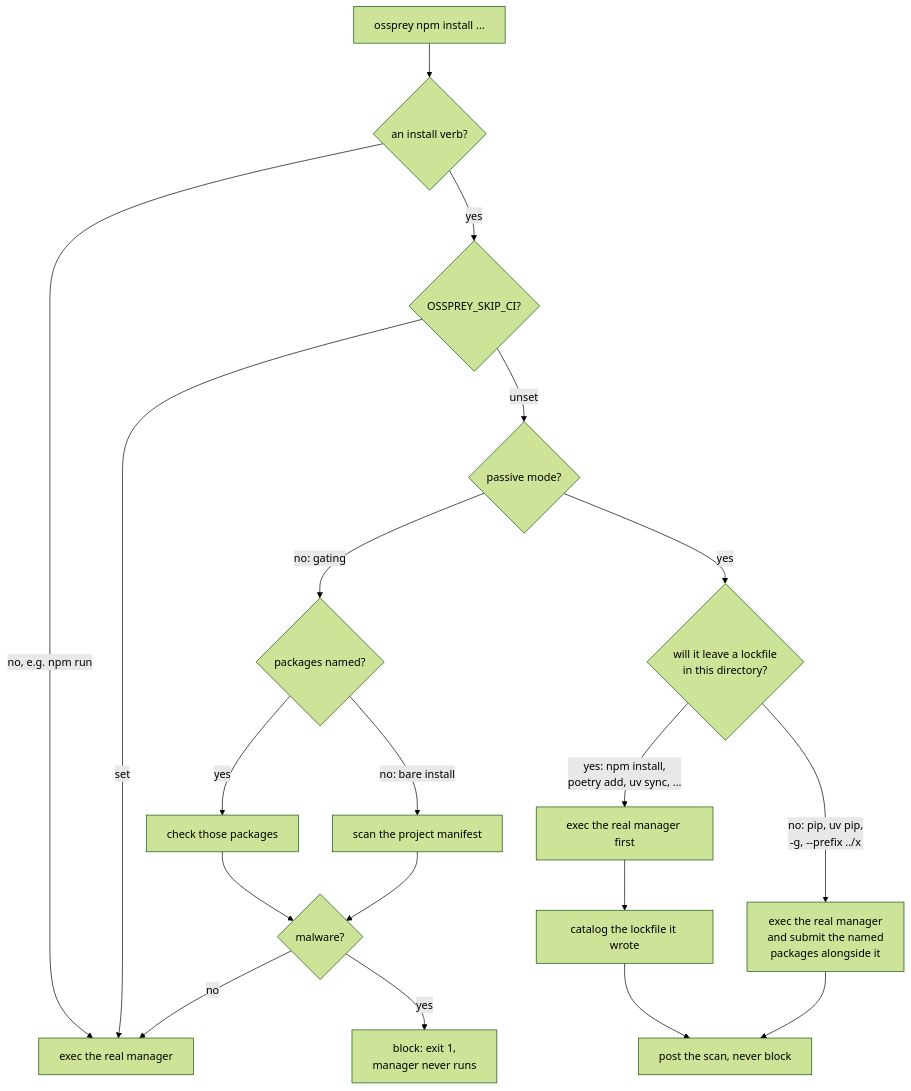
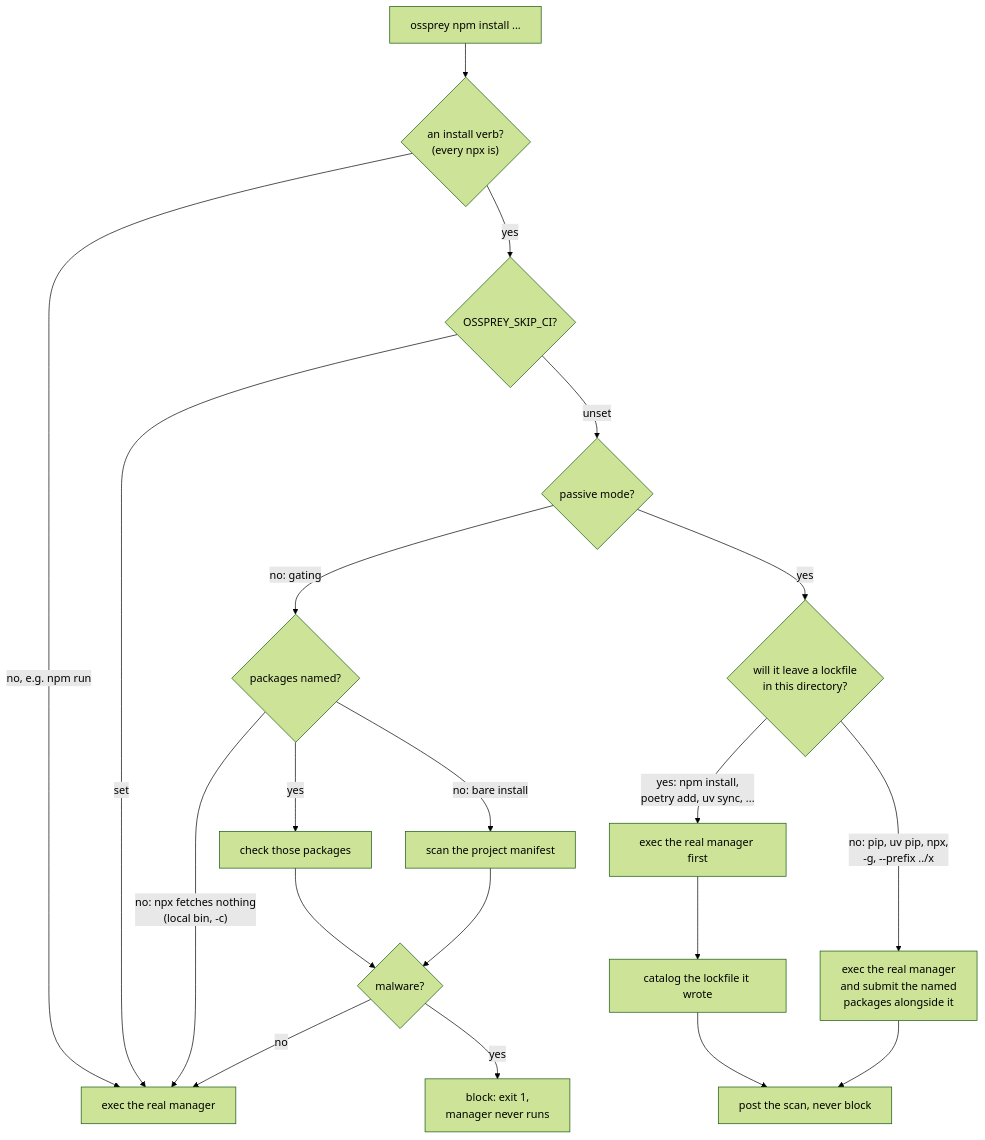
One commit to ossprey/ossprey-cli changed the second of 3 diagrams in docs/architecture.md. Above: the diagram before and after it, drawn with Mermaid (forest theme). The commit also changed 12 other files, not shown here.

First line of the commit message:
feat(forward): check packages before npx runs them, and shim npx

````diff
--- a/docs/architecture.md
+++ b/docs/architecture.md
@@ -46,23 +46,24 @@
 ```mermaid
 flowchart TD
-    S["ossprey npm install ..."] --> T{"an install verb?"}
+    S["ossprey npm install ..."] --> T{"an install verb?<br/>(every npx is)"}
     T -- "no, e.g. npm run" --> U["exec the real manager"]
     T -- "yes" --> V{"OSSPREY_SKIP_CI?"}
     V -- "set" --> U
     V -- "unset" --> W{"passive mode?"}
 
     W -- "no: gating" --> X{"packages named?"}
     X -- "yes" --> Y["check those packages"]
     X -- "no: bare install" --> Z["scan the project manifest"]
+    X -- "no: npx fetches nothing<br/>(local bin, -c)" --> U
     Y --> AA{"malware?"}
     Z --> AA
     AA -- "yes" --> AB["block: exit 1,<br/>manager never runs"]
     AA -- "no" --> U
 
     W -- "yes" --> AC{"will it leave a lockfile<br/>in this directory?"}
     AC -- "yes: npm install,<br/>poetry add, uv sync, ..." --> AD["exec the real manager first"]
     AD --> AE["catalog the lockfile it wrote"]
     AE --> AF["post the scan, never block"]
-    AC -- "no: pip, uv pip,<br/>-g, --prefix ../x" --> AG["exec the real manager<br/>and submit the named<br/>packages alongside it"]
+    AC -- "no: pip, uv pip, npx,<br/>-g, --prefix ../x" --> AG["exec the real manager<br/>and submit the named<br/>packages alongside it"]
     AG --> AF
 ```
````
